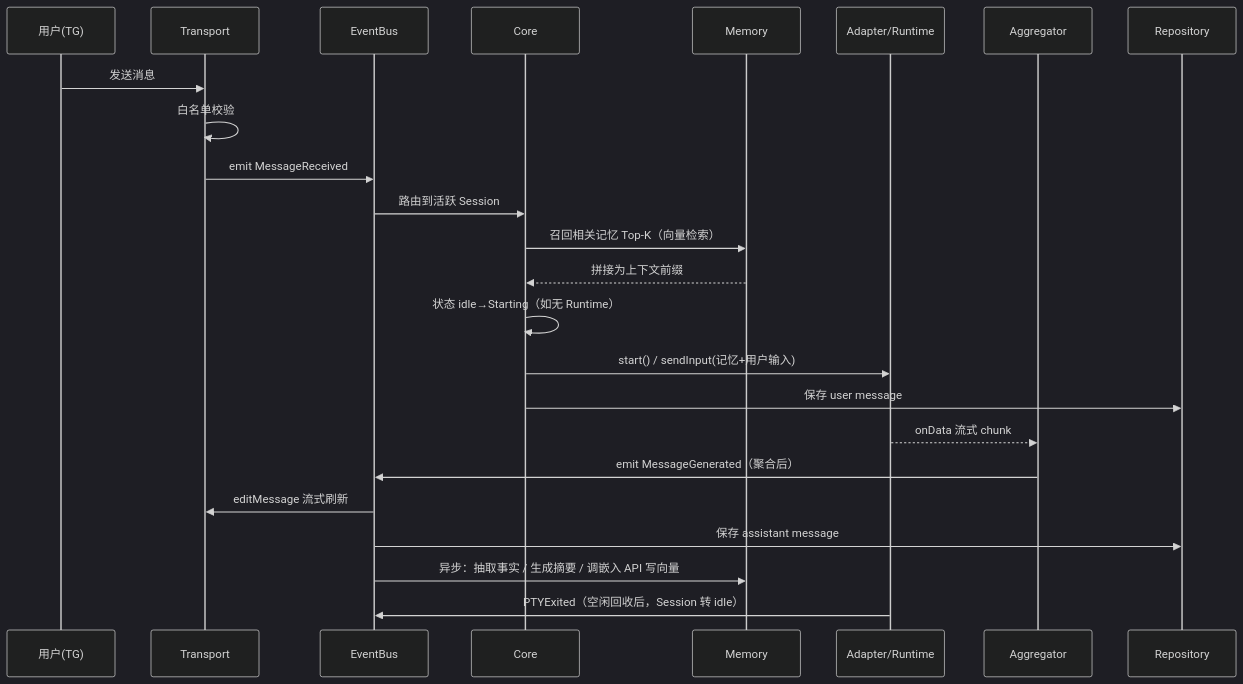
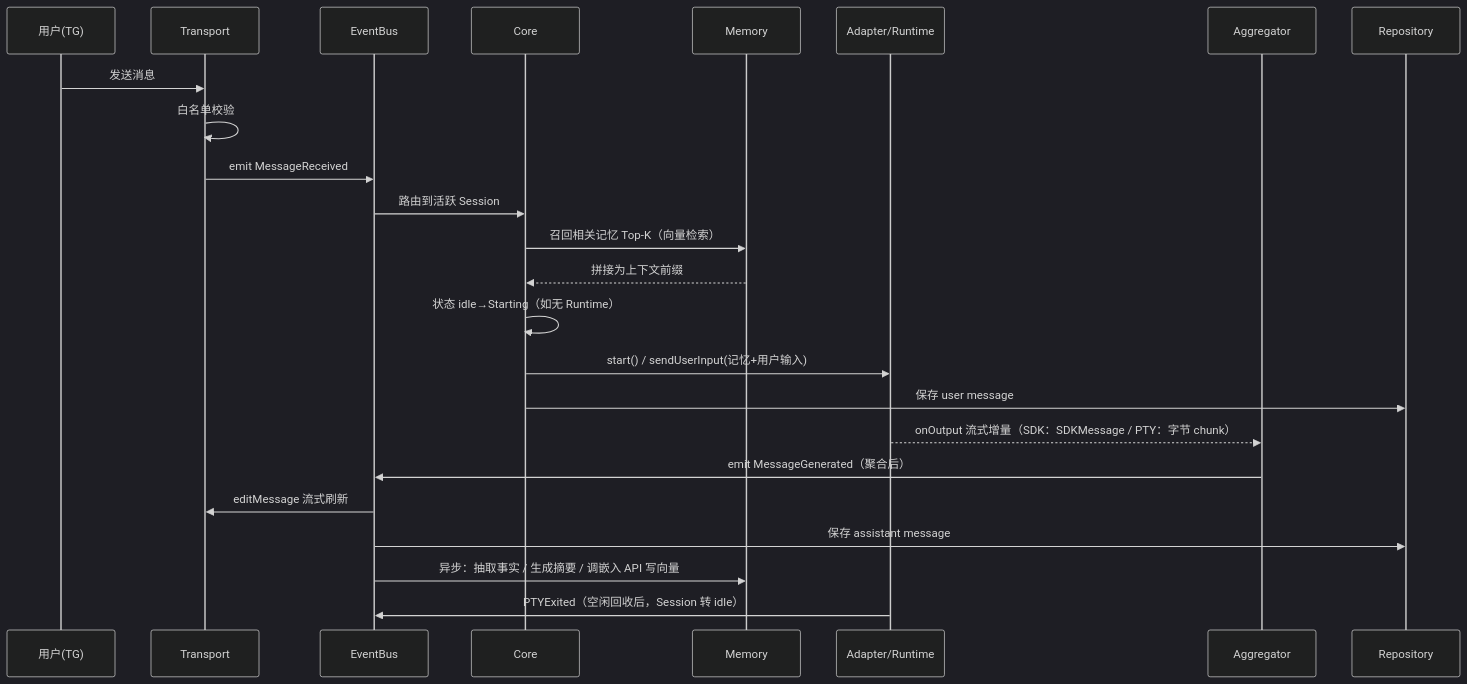
Before and after one commit to ygq-future/ai-cli-hub: the fifth of 15 diagrams in docs/02-Architecture.md, drawn with Mermaid (dark theme). The commit also changed other lines of this file and 7 other files, not shown here.

First line of the commit message:
docs(D11): CLIAdapter 语义接缝 + Claude 走 Agent SDK,PTY 降为备用

````diff
--- a/docs/02-Architecture.md
+++ b/docs/02-Architecture.md
@@ -264,27 +276,27 @@
 ```mermaid
 sequenceDiagram
     participant U as 用户(TG)
     participant T as Transport
     participant B as EventBus
     participant C as Core
     participant M as Memory
     participant A as Adapter/Runtime
     participant G as Aggregator
     participant R as Repository
 
     U->>T: 发送消息
     T->>T: 白名单校验
     T->>B: emit MessageReceived
     B->>C: 路由到活跃 Session
     C->>M: 召回相关记忆 Top-K（向量检索）
     M-->>C: 拼接为上下文前缀
     C->>C: 状态 idle→Starting（如无 Runtime）
-    C->>A: start() / sendInput(记忆+用户输入)
+    C->>A: start() / sendUserInput(记忆+用户输入)
     C->>R: 保存 user message
-    A-->>G: onData 流式 chunk
+    A-->>G: onOutput 流式增量（SDK：SDKMessage / PTY：字节 chunk）
     G->>B: emit MessageGenerated（聚合后）
     B->>T: editMessage 流式刷新
     B->>R: 保存 assistant message
     B->>M: 异步：抽取事实 / 生成摘要 / 调嵌入 API 写向量
     A->>B: PTYExited（空闲回收后，Session 转 idle）
 ```
````
